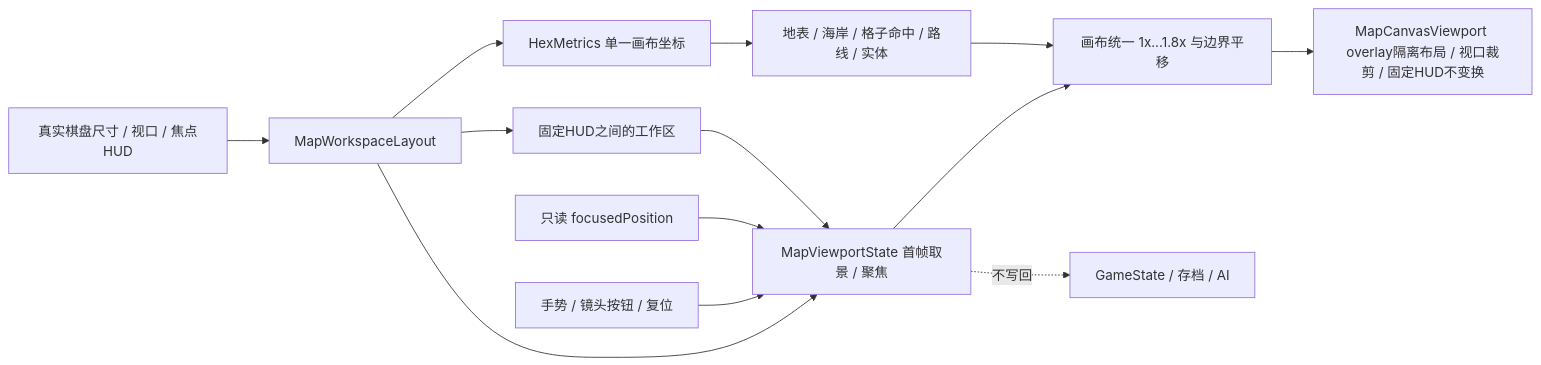
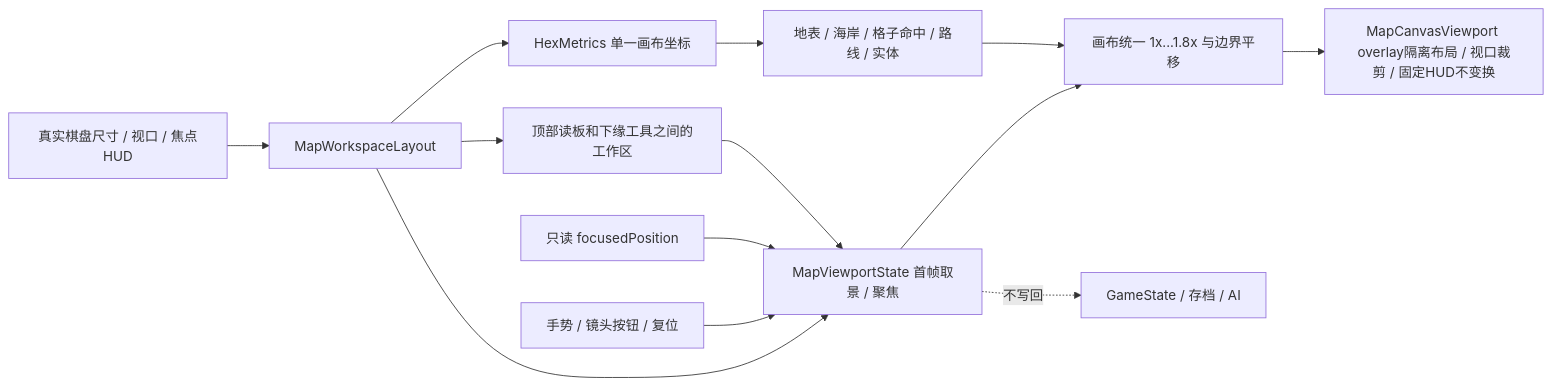
Before and after one commit to Altman-sam114/119: the third of 26 diagrams in md/flow/flowchart.md, drawn with Mermaid. The commit also changed other lines of this file and 8 other files, not shown here.

````diff
--- a/md/flow/flowchart.md
+++ b/md/flow/flowchart.md
@@ -44,15 +44,15 @@
 ```mermaid
 flowchart LR
     T[真实棋盘尺寸 / 视口 / 焦点HUD] --> W[MapWorkspaceLayout]
     W --> H[HexMetrics 单一画布坐标]
-    W --> R[固定HUD之间的工作区]
+    W --> R[顶部读板和下缘工具之间的工作区]
     H --> M[地表 / 海岸 / 格子命中 / 路线 / 实体]
     S[只读 focusedPosition] --> C[MapViewportState 首帧取景 / 聚焦]
     R --> C
     W --> C
     P[手势 / 镜头按钮 / 复位] --> C
     C --> V[画布统一 1x...1.8x 与边界平移]
     M --> V
     V --> F[MapCanvasViewport overlay隔离布局 / 视口裁剪 / 固定HUD不变换]
     C -.不写回.-> G[GameState / 存档 / AI]
 ```
````
